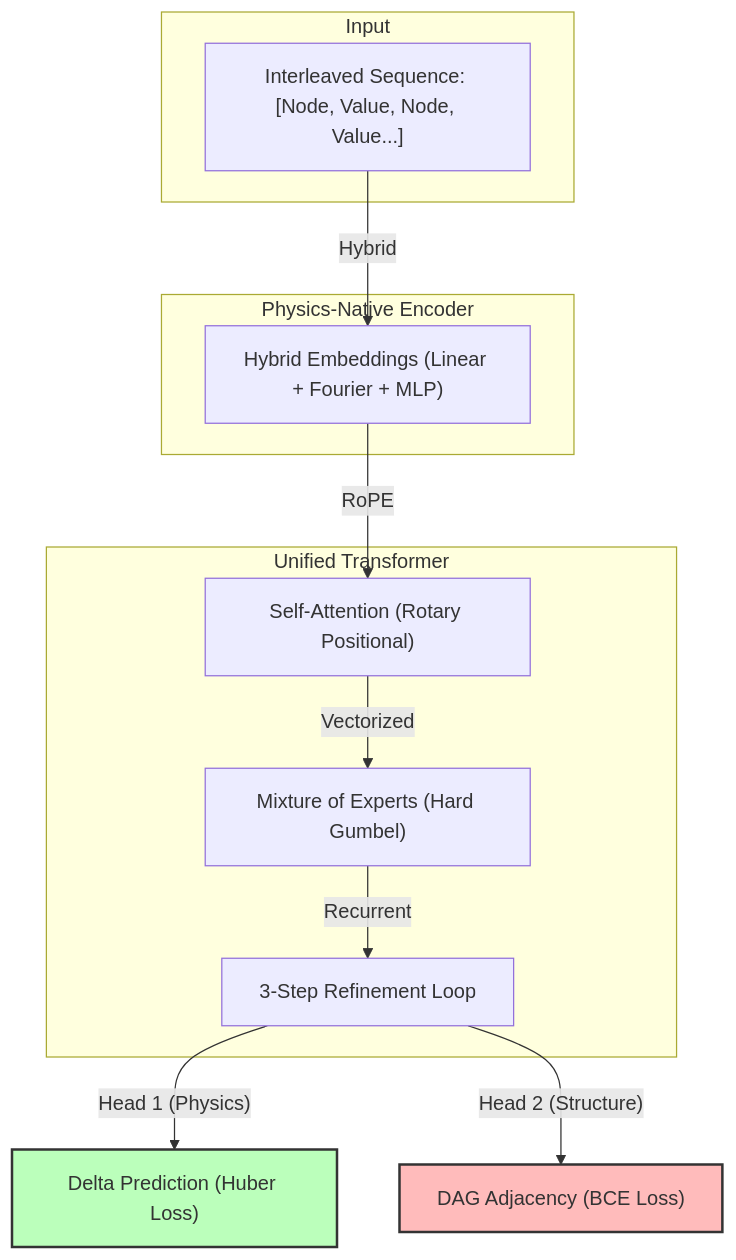
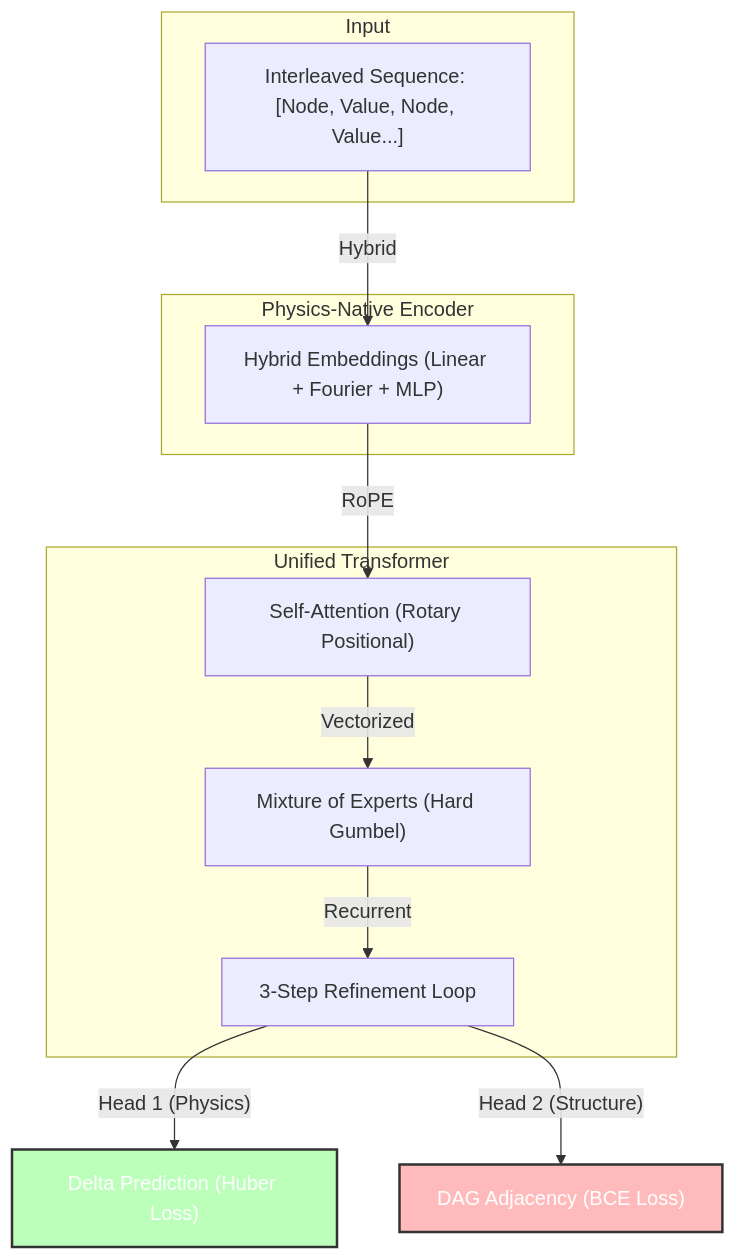
Before and after one commit to MeiisamMahmoodii/MultiModelDeltaPredictor: the diagram in README.md, drawn with Mermaid.

Commit message:
Update diagram style

````diff
--- a/README.md
+++ b/README.md
@@ -32,22 +32,22 @@
 ```mermaid
 graph TD
     subgraph Input
     Seq["Interleaved Sequence: [Node, Value, Node, Value...]"]
     end
     
     subgraph "Physics-Native Encoder"
     Seq -->|Hybrid| Emb["Hybrid Embeddings (Linear + Fourier + MLP)"]
     end
     
     subgraph "Unified Transformer"
     Emb -->|RoPE| Attn["Self-Attention (Rotary Positional)"]
     Attn -->|Vectorized| MoE["Mixture of Experts (Hard Gumbel)"]
     MoE -->|Recurrent| Refine["3-Step Refinement Loop"]
     end
     
     Refine -->|"Head 1 (Physics)"| Delta["Delta Prediction (Huber Loss)"]
     Refine -->|"Head 2 (Structure)"| Graph["DAG Adjacency (BCE Loss)"]
 
-    style Delta fill:#bfb,stroke:#333,stroke-width:2px
-    style Graph fill:#fbb,stroke:#333,stroke-width:2px
+    style Delta fill:#bfb,stroke:#333,stroke-width:2px,color:#fff
+    style Graph fill:#fbb,stroke:#333,stroke-width:2px,color:#fff
 ```
````
